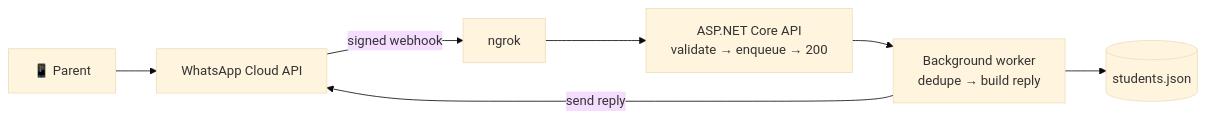
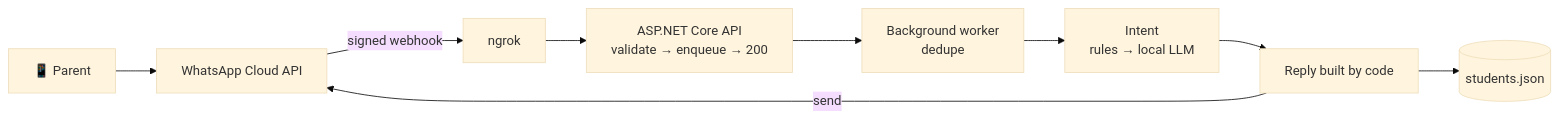
One commit to juancitowillyr46/academy-whatsapp-bot changed the diagram in README.md. Above: the diagram before and after it, drawn with Mermaid (base theme). The commit also changed other lines of this file and 12 other files, not shown here.

First line of the commit message:
Add intent evals and greeting rules

````diff
--- a/README.md
+++ b/README.md
@@ -21,8 +21,10 @@
 ```mermaid
 flowchart LR
     Phone["📱 Parent"] --> Meta["WhatsApp Cloud API"]
     Meta -- "signed webhook" --> Ngrok["ngrok"] --> Api["ASP.NET Core API<br/>validate → enqueue → 200"]
-    Api --> Worker["Background worker<br/>dedupe → build reply"]
-    Worker --> Data[("students.json")]
-    Worker -- "send reply" --> Meta
+    Api --> Worker["Background worker<br/>dedupe"]
+    Worker --> Intent["Intent<br/>rules → local LLM"]
+    Intent --> Reply["Reply built by code"]
+    Reply --> Data[("students.json")]
+    Reply -- "send" --> Meta
 ```
````
